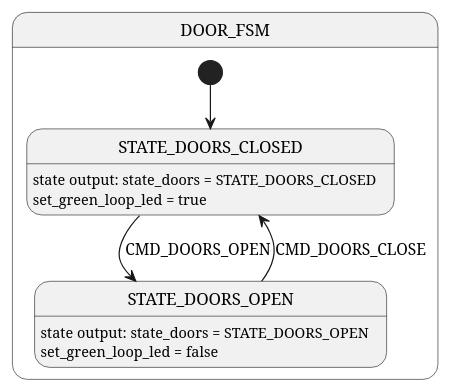
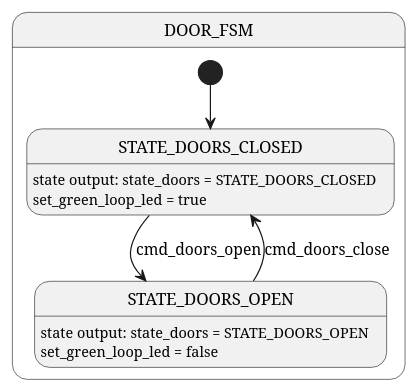
The diagram in docs/models/state_machines/node-door-controller/door_fsm.puml (paetzholdt/CANRepo), drawn with PlantUML before and after one commit. The commit also changed 7 other files, not shown here.

```diff
--- a/docs/models/state_machines/node-door-controller/door_fsm.puml
+++ b/docs/models/state_machines/node-door-controller/door_fsm.puml
@@ -1,20 +1,20 @@
 @startuml door_fsm
 state DOOR_FSM {
     [*] --> STATE_DOORS_CLOSED
     state STATE_DOORS_CLOSED
     /'state Doors_Closing_State'/
     state STATE_DOORS_OPEN
     /'state Doors_Opening_State'/
 
     STATE_DOORS_CLOSED: state output: state_doors = STATE_DOORS_CLOSED
     STATE_DOORS_CLOSED: set_green_loop_led = true
 
     STATE_DOORS_OPEN: state output: state_doors = STATE_DOORS_OPEN
     STATE_DOORS_OPEN: set_green_loop_led = false
 
-    STATE_DOORS_CLOSED --> STATE_DOORS_OPEN : CMD_DOORS_OPEN
-    STATE_DOORS_OPEN --> STATE_DOORS_CLOSED : CMD_DOORS_CLOSE
+    STATE_DOORS_CLOSED --> STATE_DOORS_OPEN : cmd_doors_open
+    STATE_DOORS_OPEN --> STATE_DOORS_CLOSED : cmd_doors_close
 }
 
 
 @enduml
```
